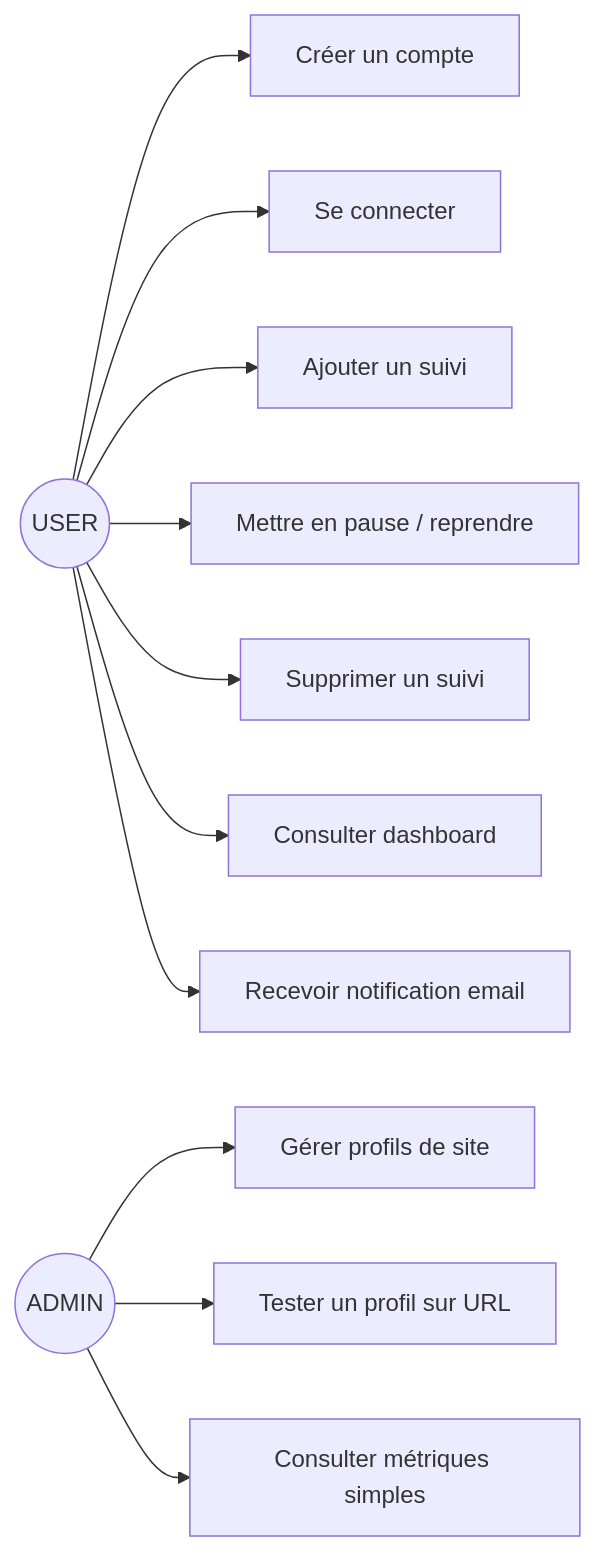
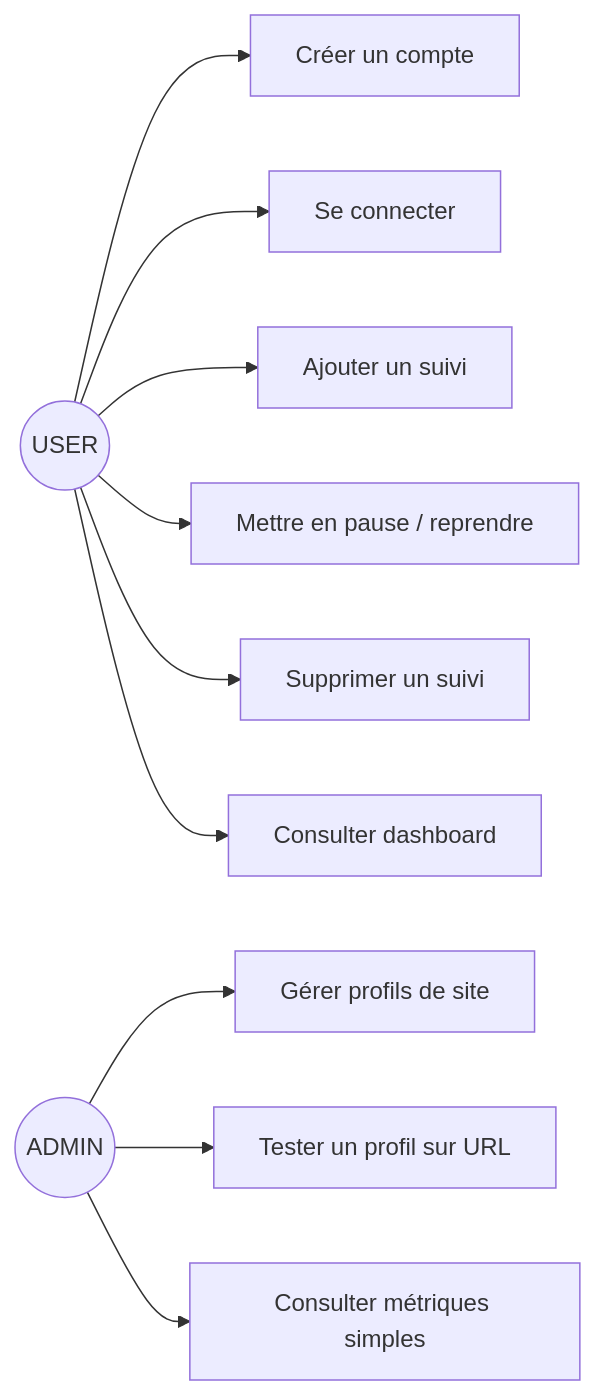
The diagram in docs/14-uml-use-cases.md (Chr1stopherPEREZ/projet-nova), drawn with Mermaid before and after one commit. The commit also changed 12 other files, not shown here.

````diff
--- a/docs/14-uml-use-cases.md
+++ b/docs/14-uml-use-cases.md
@@ -8,29 +8,27 @@
 ```mermaid
 flowchart LR
   USER((USER))
   ADMIN((ADMIN))
 
   UC1[Créer un compte]
   UC2[Se connecter]
   UC3[Ajouter un suivi]
   UC4[Mettre en pause / reprendre]
   UC5[Supprimer un suivi]
   UC6[Consulter dashboard]
-  UC7[Recevoir notification email]
 
   UC8[Gérer profils de site]
   UC9[Tester un profil sur URL]
   UC10[Consulter métriques simples]
 
   USER --> UC1
   USER --> UC2
   USER --> UC3
   USER --> UC4
   USER --> UC5
   USER --> UC6
-  USER --> UC7
 
   ADMIN --> UC8
   ADMIN --> UC9
   ADMIN --> UC10
 ```
````
